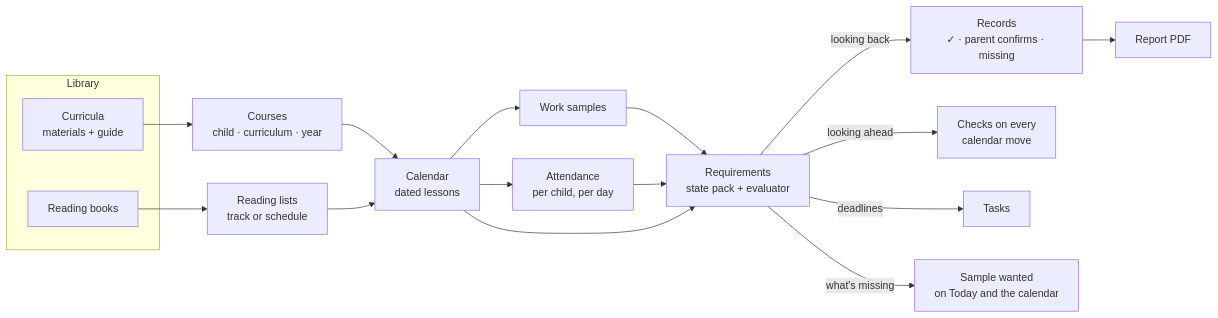
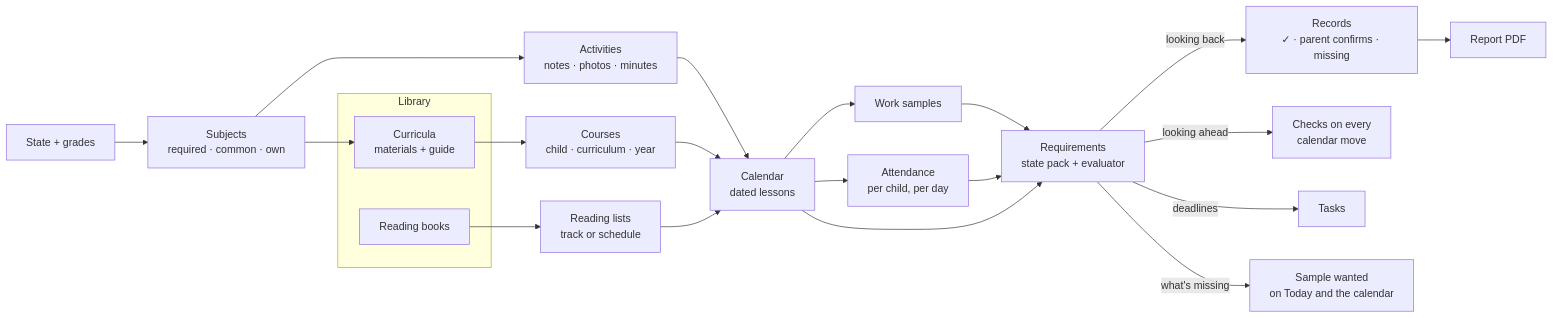
One commit to Object-Advanced/curiculy changed the diagram in docs/6-planning/product-spine.md. Above: the diagram before and after it, drawn with Mermaid. The commit also changed other lines of this file and 7 other files, not shown here.

First line of the commit message:
Product spine: setup interview, subjects, activities, privacy, PA decisions

````diff
--- a/docs/6-planning/product-spine.md
+++ b/docs/6-planning/product-spine.md
@@ -17,21 +31,25 @@
 ```mermaid
 flowchart LR
   subgraph Library
     C[Curricula<br/>materials + guide]
     R[Reading books]
   end
+  ST[State + grades] --> SU[Subjects<br/>required · common · own]
+  SU --> C
+  SU --> AC[Activities<br/>notes · photos · minutes]
   C --> CO[Courses<br/>child · curriculum · year]
+  AC --> CAL
   R --> RL[Reading lists<br/>track or schedule]
   CO --> CAL[Calendar<br/>dated lessons]
   RL --> CAL
   CAL --> WS[Work samples]
   CAL --> AT[Attendance<br/>per child, per day]
   WS --> REQ[Requirements<br/>state pack + evaluator]
   AT --> REQ
   CAL --> REQ
   REQ -->|looking back| REC[Records<br/>✓ · parent confirms · missing]
   REC --> PDF[Report PDF]
   REQ -->|looking ahead| CHK[Checks on every<br/>calendar move]
   REQ -->|deadlines| T[Tasks]
   REQ -->|what's missing| SW[Sample wanted<br/>on Today and the calendar]
 ```
````
